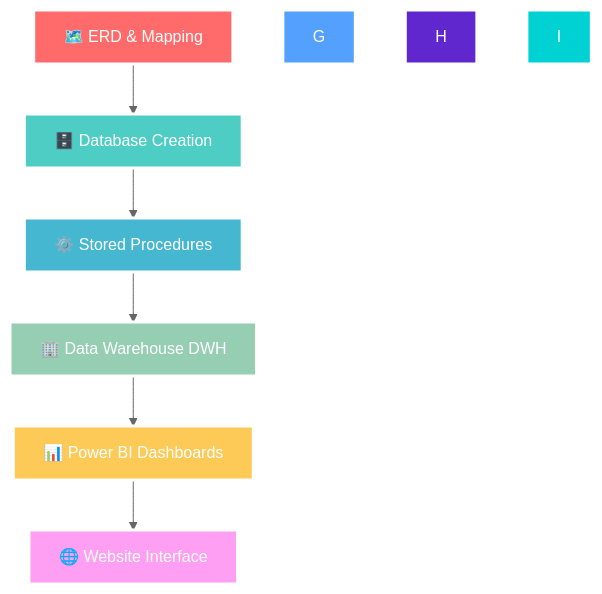
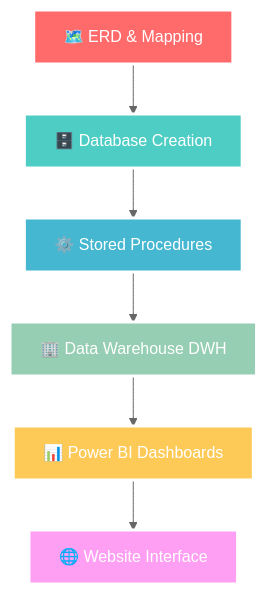
The diagram in README.md (ZiadSharaf/ITI-Examination-System), drawn with Mermaid (neutral theme) before and after one commit.

````diff
--- a/README.md
+++ b/README.md
@@ -77,18 +77,16 @@
 ```mermaid
 graph TB
     A[🗺️ ERD & Mapping] --> B[🗄️ Database Creation]
     B --> C[⚙️ Stored Procedures]
     C --> D[🏢 Data Warehouse DWH]
     D --> E[📊 Power BI Dashboards]
     E --> F[🌐 Website Interface]
    
    style A fill:#ff6b6b,stroke:#fff,stroke-width:3px,color:#fff
    style B fill:#4ecdc4,stroke:#fff,stroke-width:3px,color:#fff
    style C fill:#45b7d1,stroke:#fff,stroke-width:3px,color:#fff
    style D fill:#96ceb4,stroke:#fff,stroke-width:3px,color:#fff
    style E fill:#feca57,stroke:#fff,stroke-width:3px,color:#fff
    style F fill:#ff9ff3,stroke:#fff,stroke-width:3px,color:#fff
-   style G fill:#54a0ff,stroke:#fff,stroke-width:3px,color:#fff
-   style H fill:#5f27cd,stroke:#fff,stroke-width:3px,color:#fff
-   style I fill:#00d2d3,stroke:#fff,stroke-width:3px,color:#fff
+   
 ```
````
